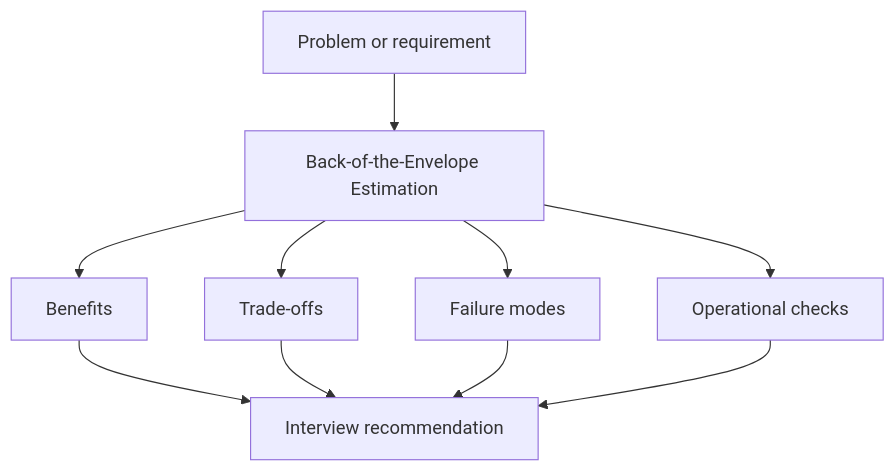
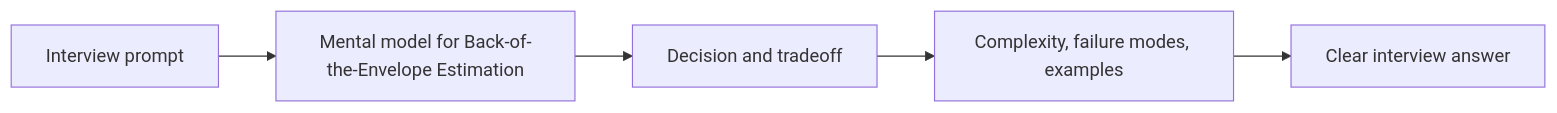
One commit to abstractinterviews/abstractinterviews.github.io changed the diagram in fundamentals/estimation/index.md. Above: the diagram before and after it, drawn with Mermaid. The commit also changed other lines of this file and 278 other files, not shown here.

````diff
--- a/fundamentals/estimation/index.md
+++ b/fundamentals/estimation/index.md
@@ -150,12 +142,7 @@
-~~~mermaid
-flowchart TD
-    Problem["Problem or requirement"] --> Concept["Back-of-the-Envelope Estimation"]
-    Concept --> Benefits["Benefits"]
-    Concept --> Tradeoffs["Trade-offs"]
-    Concept --> FailureModes["Failure modes"]
-    Concept --> Operations["Operational checks"]
-    Benefits --> Decision["Interview recommendation"]
-    Tradeoffs --> Decision
-    FailureModes --> Decision
-    Operations --> Decision
-~~~
+```mermaid
+flowchart LR
+    Problem["Interview prompt"] --> Model["Mental model for Back-of-the-Envelope Estimation"]
+    Model --> Choice["Decision and tradeoff"]
+    Choice --> Evidence["Complexity, failure modes, examples"]
+    Evidence --> Answer["Clear interview answer"]
+```
````
